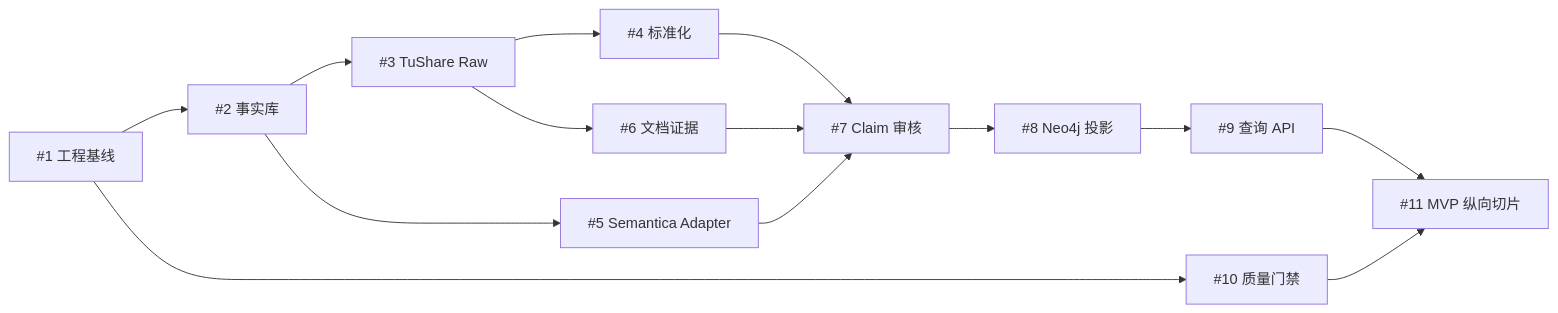
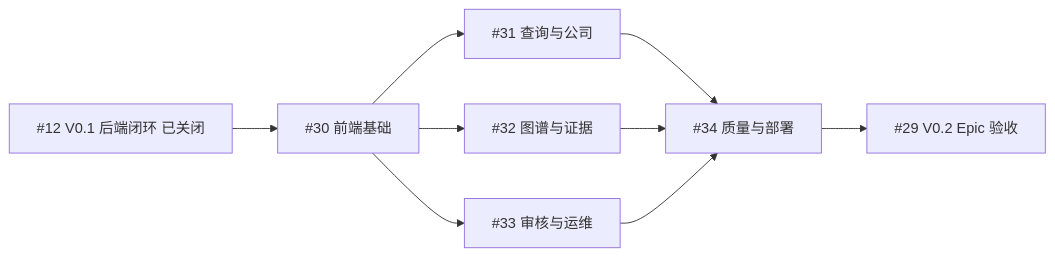
One commit to davidchen516/ontologyMVP changed the diagram in docs/roadmap.md. Above: the diagram before and after it, drawn with Mermaid. The commit also changed other lines of this file and 14 other files, not shown here.

````diff
--- a/docs/roadmap.md
+++ b/docs/roadmap.md
@@ -20,16 +23,11 @@
 ```mermaid
 flowchart LR
-    I1[#1 工程基线] --> I2[#2 事实库]
-    I2 --> I3[#3 TuShare Raw]
-    I3 --> I4[#4 标准化]
-    I2 --> I5[#5 Semantica Adapter]
-    I3 --> I6[#6 文档证据]
-    I4 --> I7[#7 Claim 审核]
-    I5 --> I7
-    I6 --> I7
-    I7 --> I8[#8 Neo4j 投影]
-    I8 --> I9[#9 查询 API]
-    I1 --> I10[#10 质量门禁]
-    I9 --> I11[#11 MVP 纵向切片]
-    I10 --> I11
+    V01[#12 V0.1 后端闭环 已关闭] --> I30[#30 前端基础]
+    I30 --> I31[#31 查询与公司]
+    I30 --> I32[#32 图谱与证据]
+    I30 --> I33[#33 审核与运维]
+    I31 --> I34[#34 质量与部署]
+    I32 --> I34
+    I33 --> I34
+    I34 --> V02[#29 V0.2 Epic 验收]
 ```
````
